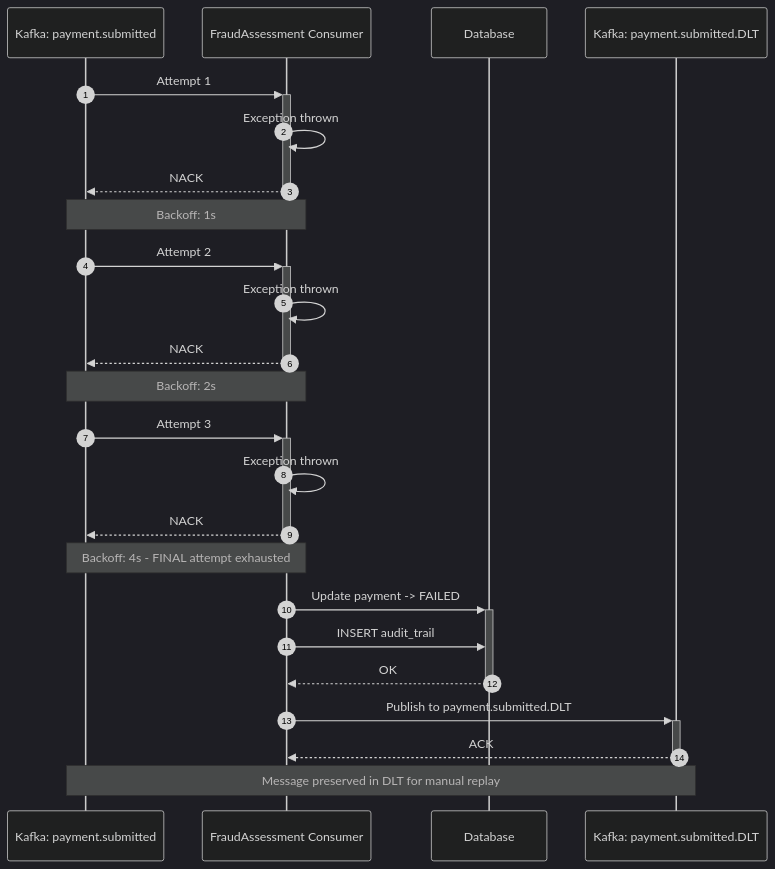
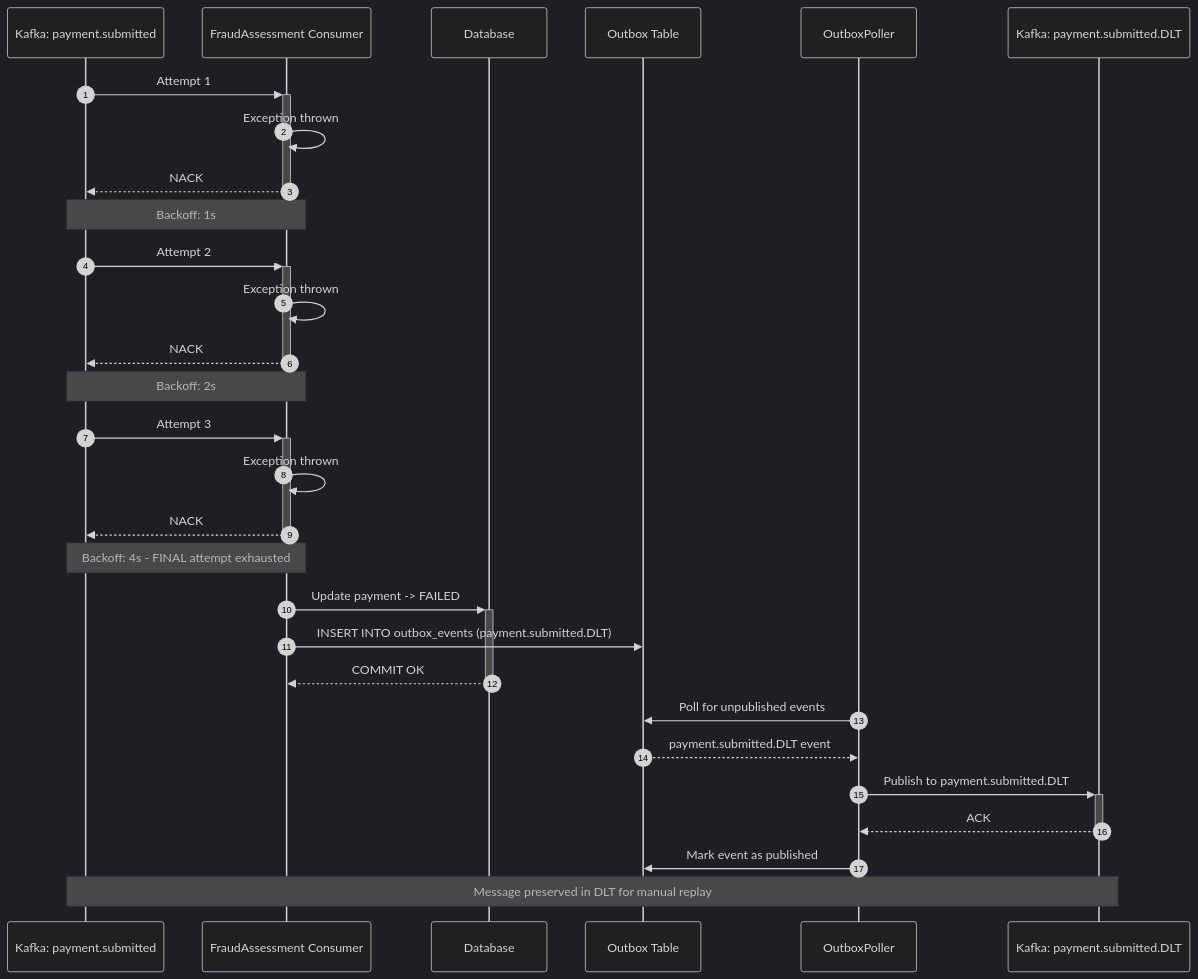
Before and after one commit to ltadiko/PaymentGateway: the sixth of 8 diagrams in docs/diagrams/sequence-diagrams.md, drawn with Mermaid (dark theme). The commit also changed other lines of this file and 1 other file, not shown here.

````diff
--- a/docs/diagrams/sequence-diagrams.md
+++ b/docs/diagrams/sequence-diagrams.md
@@ -202,35 +270,41 @@
 ```mermaid
 sequenceDiagram
     autonumber
     participant K as Kafka: payment.submitted
     participant FC as FraudAssessment Consumer
     participant DB as Database
+    participant OB as Outbox Table
+    participant O as OutboxPoller
     participant DLT as Kafka: payment.submitted.DLT
 
     K->>+FC: Attempt 1
     FC->>FC: Exception thrown
     FC-->>-K: NACK
 
     Note over K,FC: Backoff: 1s
 
     K->>+FC: Attempt 2
     FC->>FC: Exception thrown
     FC-->>-K: NACK
 
     Note over K,FC: Backoff: 2s
 
     K->>+FC: Attempt 3
     FC->>FC: Exception thrown
     FC-->>-K: NACK
 
     Note over K,FC: Backoff: 4s - FINAL attempt exhausted
 
     FC->>+DB: Update payment -> FAILED
-    FC->>DB: INSERT audit_trail
-    DB-->>-FC: OK
+    FC->>OB: INSERT INTO outbox_events (payment.submitted.DLT)
+    DB-->>-FC: COMMIT OK
 
-    FC->>+DLT: Publish to payment.submitted.DLT
-    DLT-->>-FC: ACK
+    %% OutboxPoller relays DLT event
+    O->>OB: Poll for unpublished events
+    OB-->>O: payment.submitted.DLT event
+    O->>+DLT: Publish to payment.submitted.DLT
+    DLT-->>-O: ACK
+    O->>OB: Mark event as published
 
     Note over K,DLT: Message preserved in DLT for manual replay
 ```
````
